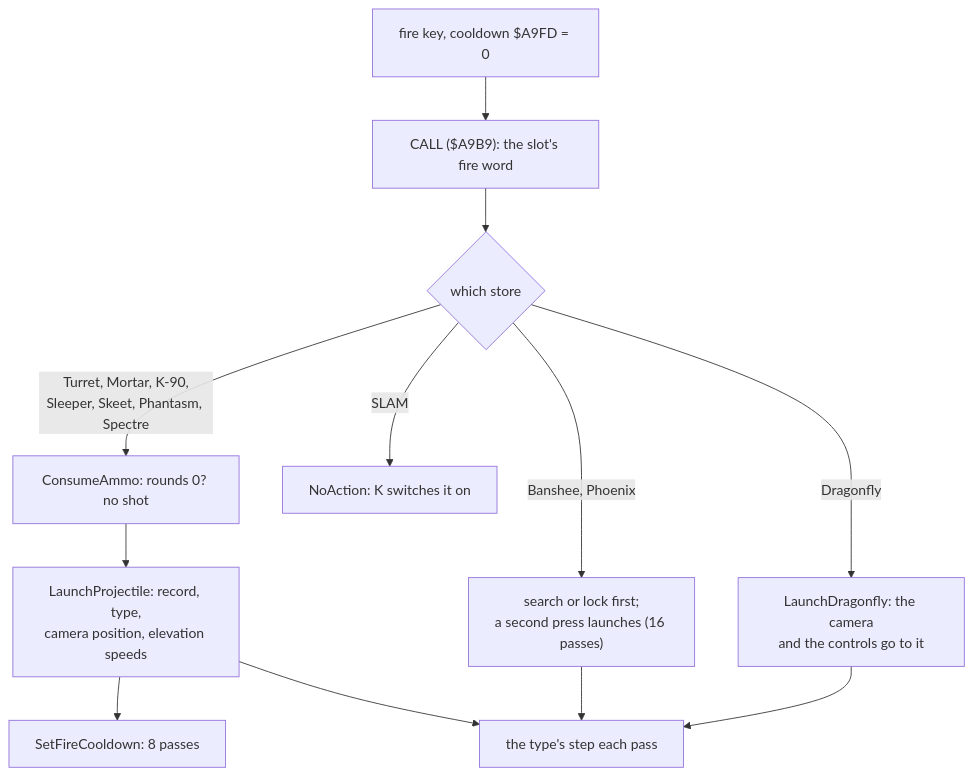
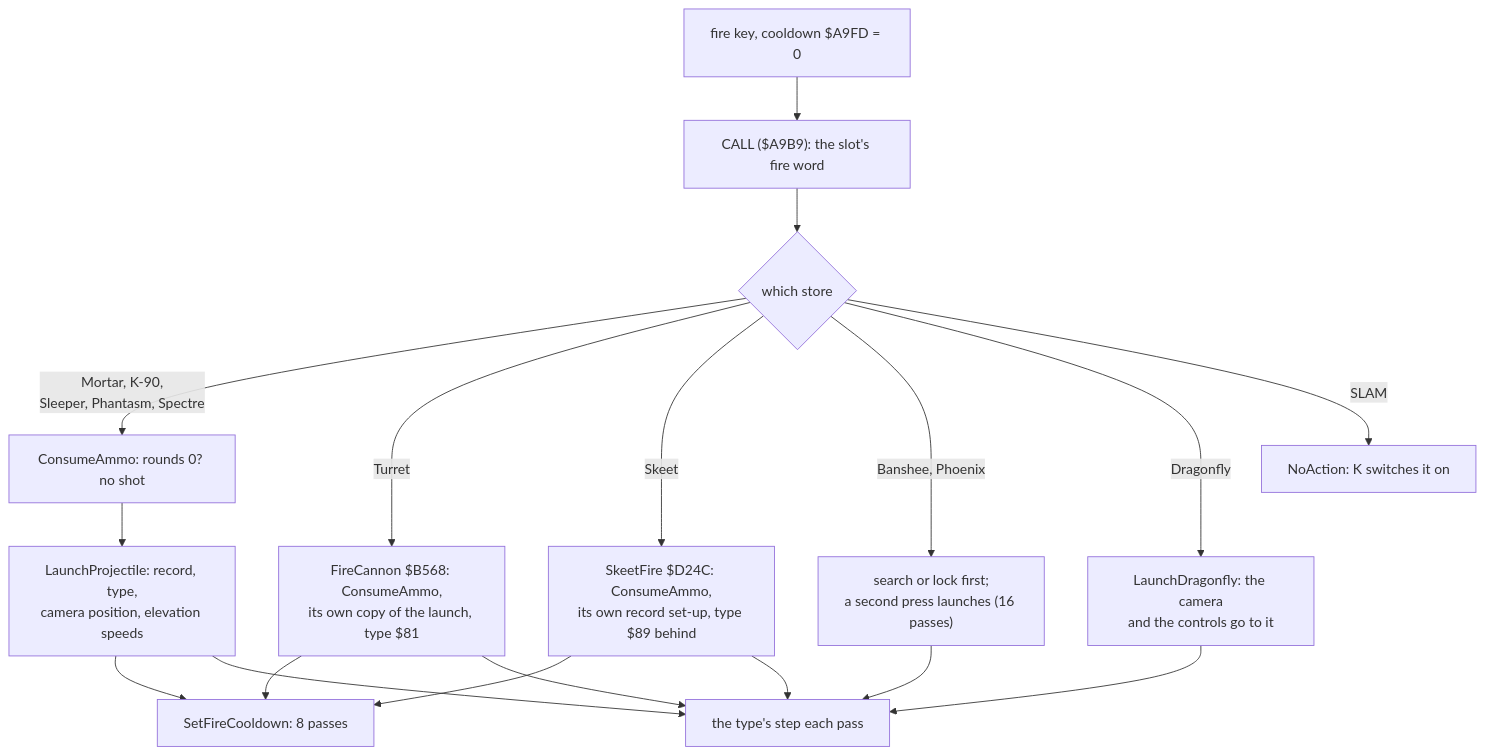
One commit to alfishe/unrealng-reverse-cases changed the seventh of 19 diagrams in games/battle-command/docs/10-gameplay-logic.md. Above: the diagram before and after it, drawn with Mermaid. The commit also changed other lines of this file and 46 other files, not shown here.

````diff
--- a/games/battle-command/docs/10-gameplay-logic.md
+++ b/games/battle-command/docs/10-gameplay-logic.md
@@ -712,14 +712,20 @@
 ```mermaid
 flowchart TD
   K["fire key, cooldown $A9FD = 0"] --> F["CALL ($A9B9): the slot's fire word"]
   F --> T{"which store"}
-  T -- "Turret, Mortar, K-90,<br/>Sleeper, Skeet, Phantasm, Spectre" --> A["ConsumeAmmo: rounds 0? no shot"]
+  T -- "Mortar, K-90,<br/>Sleeper, Phantasm, Spectre" --> A["ConsumeAmmo: rounds 0? no shot"]
   A --> L["LaunchProjectile: record, type,<br/>camera position, elevation speeds"]
   L --> C["SetFireCooldown: 8 passes"]
+  T -- "Turret" --> TC["FireCannon $B568: ConsumeAmmo,<br/>its own copy of the launch, type $81"]
+  TC --> C
+  T -- "Skeet" --> SK["SkeetFire $D24C: ConsumeAmmo,<br/>its own record set-up, type $89 behind"]
+  SK --> C
+  TC --> S
+  SK --> S
   T -- "Banshee, Phoenix" --> M["search or lock first;<br/>a second press launches (16 passes)"]
   T -- "Dragonfly" --> D["LaunchDragonfly: the camera<br/>and the controls go to it"]
   T -- "SLAM" --> N["NoAction: K switches it on"]
   L --> S["the type's step each pass"]
   M --> S
   D --> S
 ```
````
